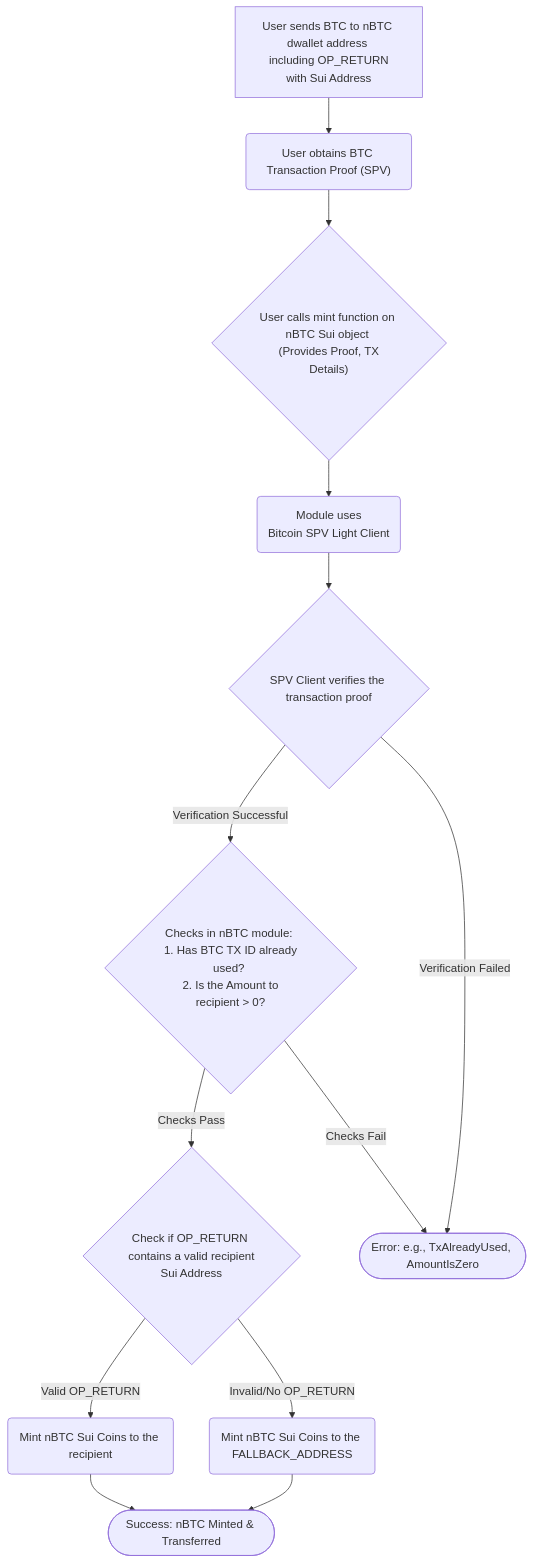
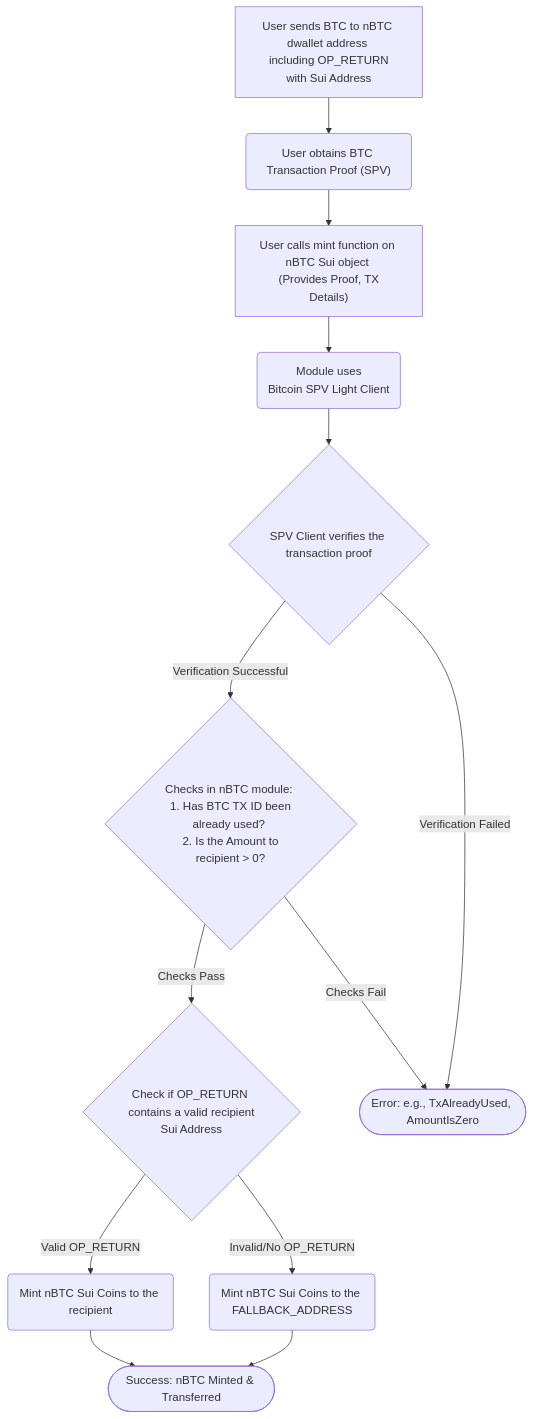
The diagram in nBTC/README.md (gonative-cc/sui-native), drawn with Mermaid before and after one commit.

Commit message:
spelling

````diff
--- a/nBTC/README.md
+++ b/nBTC/README.md
@@ -41,15 +41,15 @@
 ```mermaid
 graph TD
     A["User sends BTC to nBTC dwallet address <br> including OP_RETURN with Sui Address"] --> B("User obtains BTC Transaction Proof (SPV)");
-    B --> C{"User calls mint function on nBTC Sui object <br> (Provides Proof, TX Details)"};
+    B --> C["User calls mint function on nBTC Sui object <br> (Provides Proof, TX Details)"];
     C --> D("Module uses <br> Bitcoin SPV Light Client");
     D --> E{"SPV Client verifies the transaction proof"};
-    E -- Verification Successful --> F{"Checks in nBTC module: <br> 1. Has BTC TX ID already used? <br> 2. Is the Amount to recipient > 0?"};
+    E -- Verification Successful --> F{"Checks in nBTC module: <br> 1. Has BTC TX ID been already used? <br> 2. Is the Amount to recipient > 0?"};
     F -- Checks Pass --> G{"Check if OP_RETURN <br> contains a valid recipient Sui Address"};
     G -- Valid OP_RETURN --> H("Mint nBTC Sui Coins to the recipient");
     G -- Invalid/No OP_RETURN --> I("Mint nBTC Sui Coins to the FALLBACK_ADDRESS");
     H --> Z(["Success: nBTC Minted & Transferred"]);
     I --> Z;
     F -- Checks Fail --> Y(["Error: e.g., TxAlreadyUsed, AmountIsZero"]);
     E -- Verification Failed --> Y;
 ```
````
